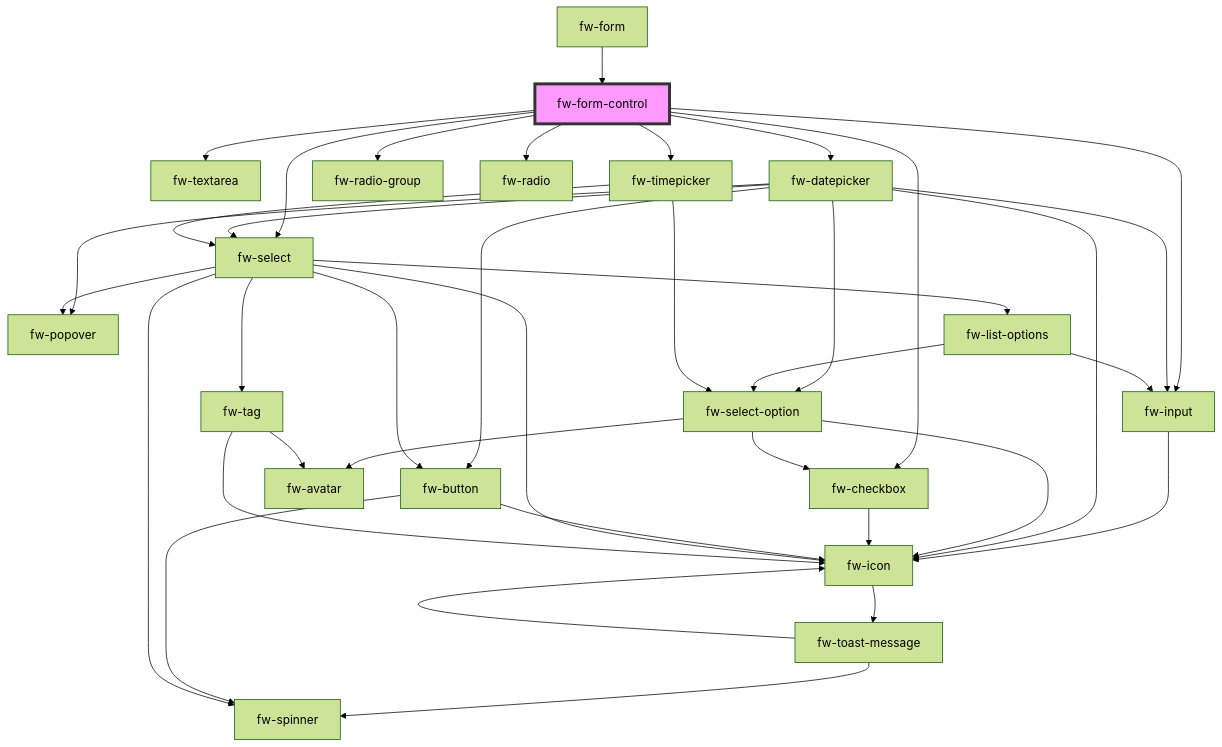
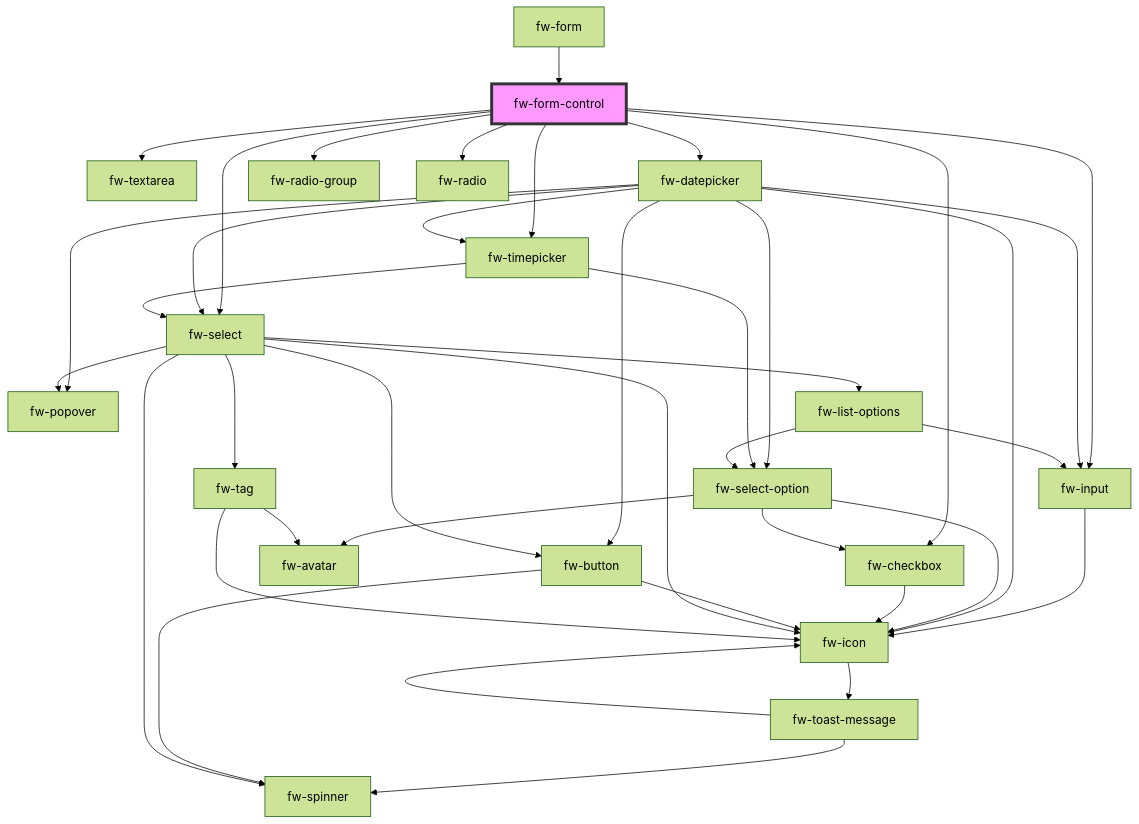
The diagram in packages/crayons-core/src/components/form-control/readme.md (freshworks/crayons), drawn with Mermaid (forest theme) before and after one commit. The commit also changed 8 other files, not shown here.

````diff
--- a/packages/crayons-core/src/components/form-control/readme.md
+++ b/packages/crayons-core/src/components/form-control/readme.md
@@ -57,41 +57,42 @@
 ```mermaid
 graph TD;
   fw-form-control --> fw-input
   fw-form-control --> fw-textarea
   fw-form-control --> fw-datepicker
   fw-form-control --> fw-checkbox
   fw-form-control --> fw-radio-group
   fw-form-control --> fw-radio
   fw-form-control --> fw-select
   fw-form-control --> fw-timepicker
   fw-input --> fw-icon
   fw-icon --> fw-toast-message
   fw-toast-message --> fw-spinner
   fw-toast-message --> fw-icon
   fw-datepicker --> fw-select-option
   fw-datepicker --> fw-button
+  fw-datepicker --> fw-input
+  fw-datepicker --> fw-timepicker
   fw-datepicker --> fw-popover
-  fw-datepicker --> fw-input
   fw-datepicker --> fw-icon
   fw-datepicker --> fw-select
   fw-select-option --> fw-icon
   fw-select-option --> fw-checkbox
   fw-select-option --> fw-avatar
   fw-checkbox --> fw-icon
   fw-button --> fw-spinner
   fw-button --> fw-icon
+  fw-timepicker --> fw-select
+  fw-timepicker --> fw-select-option
   fw-select --> fw-tag
   fw-select --> fw-popover
   fw-select --> fw-button
   fw-select --> fw-spinner
   fw-select --> fw-icon
   fw-select --> fw-list-options
   fw-tag --> fw-avatar
   fw-tag --> fw-icon
   fw-list-options --> fw-select-option
   fw-list-options --> fw-input
-  fw-timepicker --> fw-select
-  fw-timepicker --> fw-select-option
   fw-form --> fw-form-control
   style fw-form-control fill:#f9f,stroke:#333,stroke-width:4px
 ```
````
